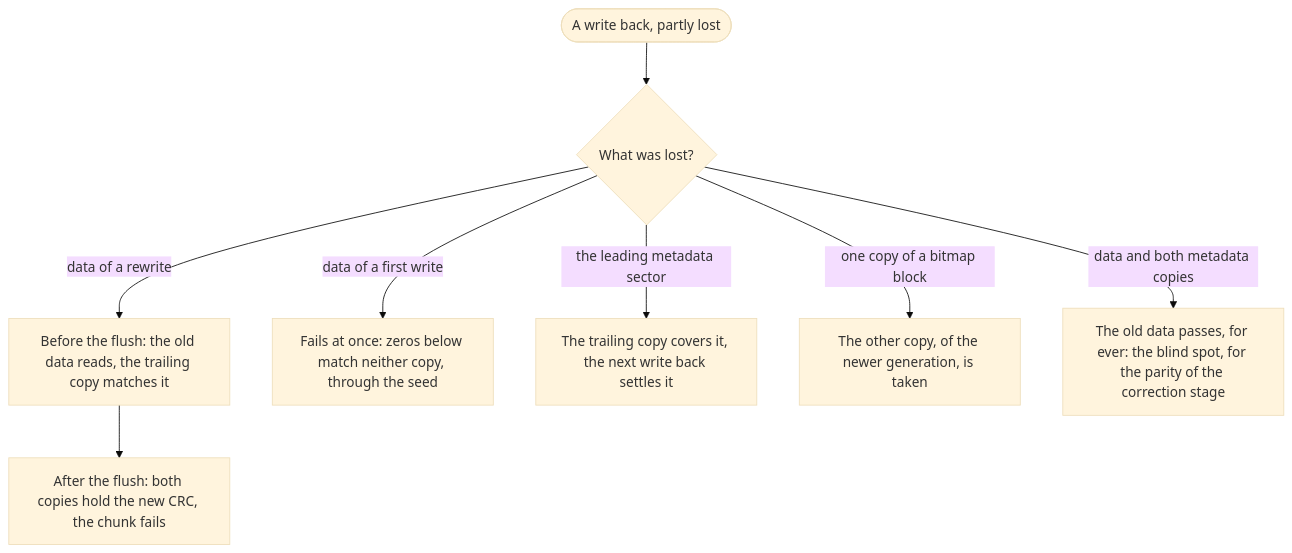
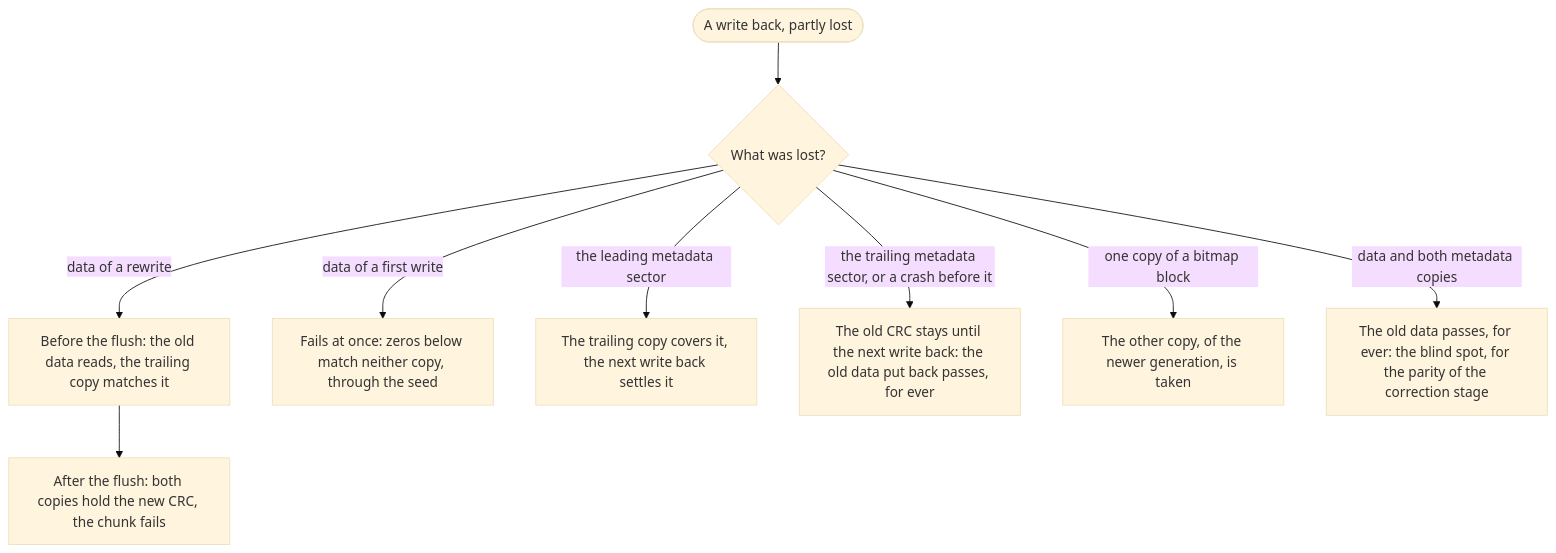
Diagram 15 of 22 in docs/en/DIAGRAMS.md (Dx-by-Dy/Automatic-Error-Correction-Driver), drawn with Mermaid (base theme) before and after one commit. The commit also changed other lines of this file and 15 other files, not shown here.

````diff
--- a/docs/en/DIAGRAMS.md
+++ b/docs/en/DIAGRAMS.md
@@ -384,10 +400,11 @@
 ```mermaid
 flowchart TD
     lost(["A write back, partly lost"]) --> what{"What was lost?"}
     what -- "data of a rewrite" --> a1["Before the flush: the old data reads, the trailing copy matches it"]
     a1 --> a2["After the flush: both copies hold the new CRC, the chunk fails"]
     what -- "data of a first write" --> b1["Fails at once: zeros below match neither copy, through the seed"]
     what -- "the leading metadata sector" --> c1["The trailing copy covers it, the next write back settles it"]
+    what -- "the trailing metadata sector, or a crash before it" --> t1["The old CRC stays until the next write back: the old data put back passes, for ever"]
     what -- "one copy of a bitmap block" --> d1["The other copy, of the newer generation, is taken"]
     what -- "data and both metadata copies" --> e1["The old data passes, for ever: the blind spot, for the parity of the correction stage"]
 ```
````
